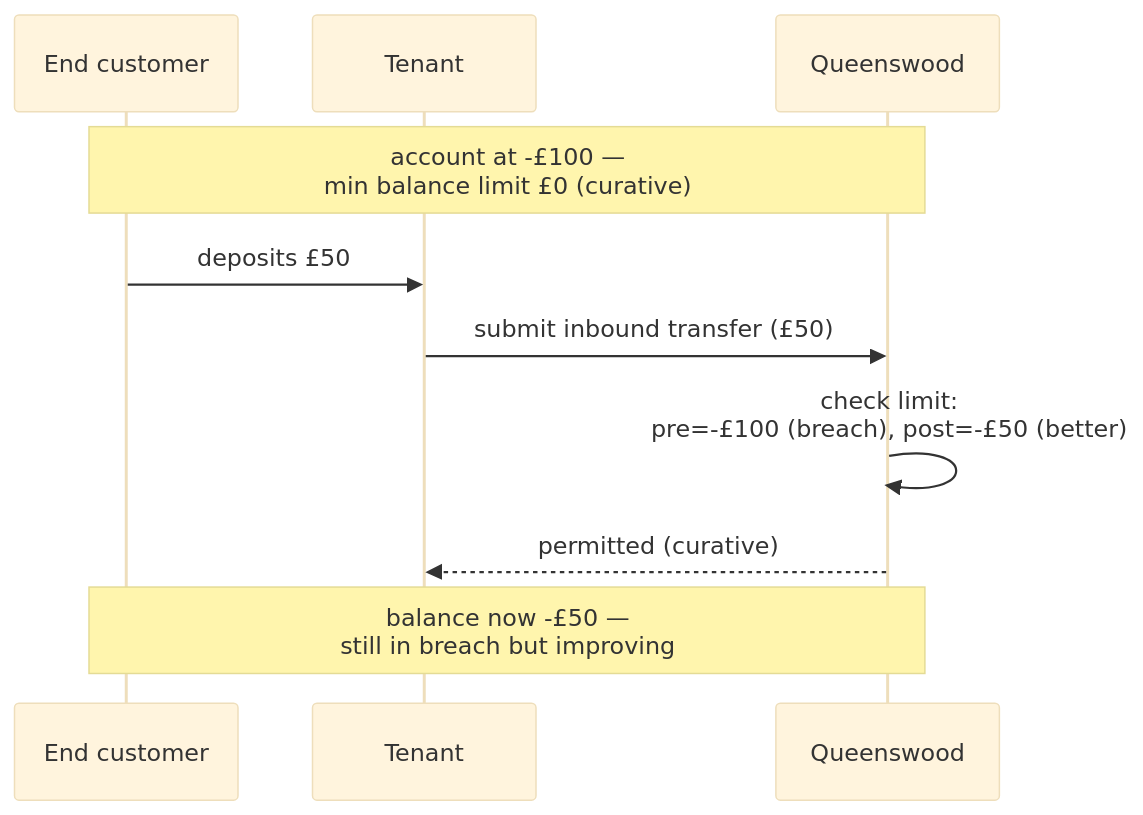
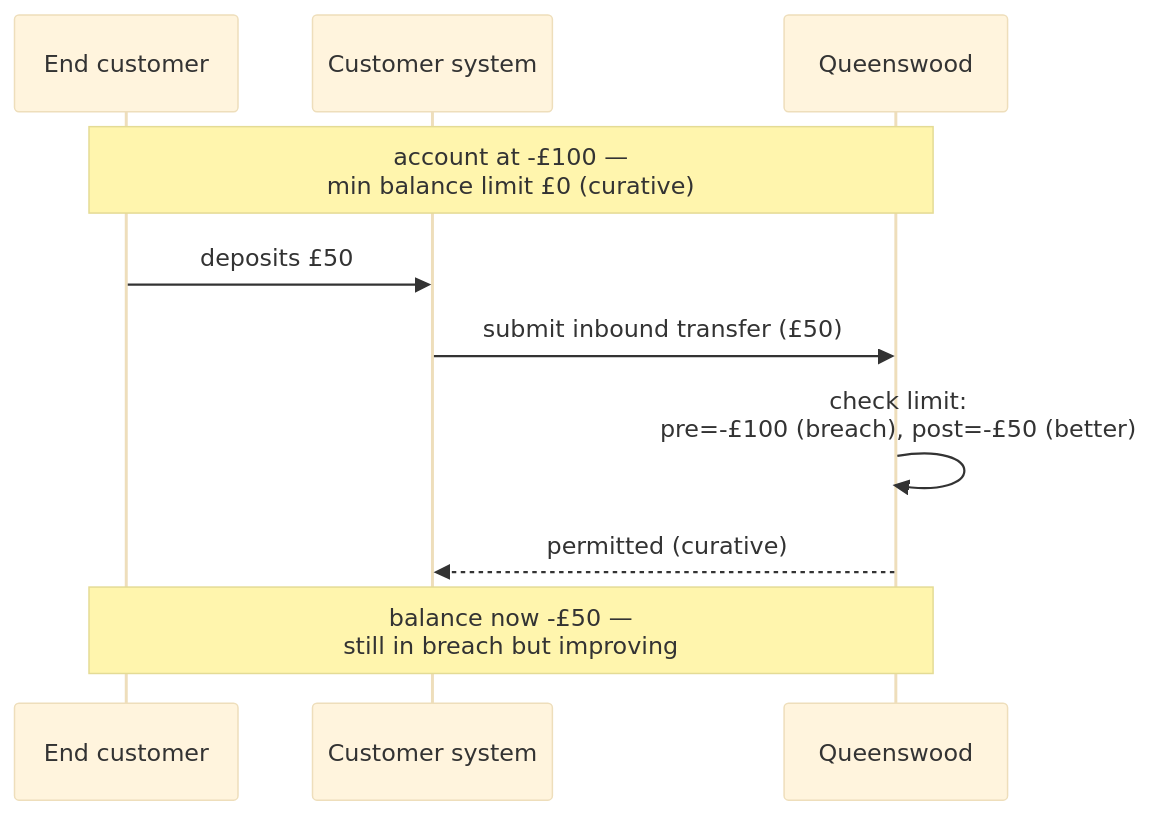
One commit to repldriven/queenswood changed the third of 5 diagrams in docs/prd/policies.md. Above: the diagram before and after it, drawn with Mermaid (base theme). The commit also changed other lines of this file and 32 other files, not shown here.

````diff
--- a/docs/prd/policies.md
+++ b/docs/prd/policies.md
@@ -302,13 +302,13 @@
 ```mermaid
 sequenceDiagram
     participant E as End customer
-    participant T as Tenant
+    participant T as Customer system
     participant Q as Queenswood
 
     Note over E,Q: account at -£100 —<br/>min balance limit £0 (curative)
     E->>T: deposits £50
     T->>Q: submit inbound transfer (£50)
     Q->>Q: check limit:<br/>pre=-£100 (breach), post=-£50 (better)
     Q-->>T: permitted (curative)
     Note over E,Q: balance now -£50 —<br/>still in breach but improving
 ```
````
